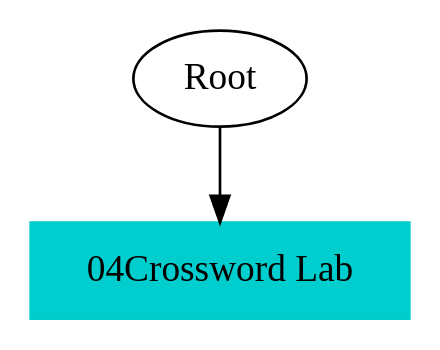
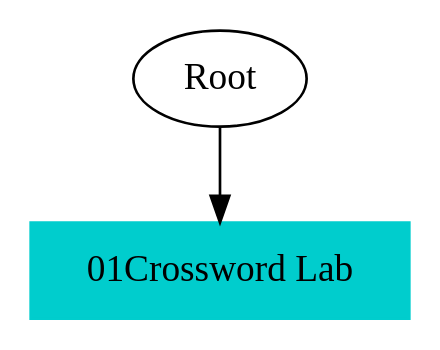
One commit to mypstom/robotide changed the diagram in TS2TS.gv. Above: the diagram before and after it, drawn with Graphviz. The commit also changed 22 other files, not shown here.

Commit message:
D3 RENDER 圖 的 JOSON FILE 輸出!!成功

```diff
--- a/TS2TS.gv
+++ b/TS2TS.gv
@@ -1,6 +1,6 @@
 // TS <-> TS
 digraph {
 	Root
-	"04Crossword Lab" [color=cyan3 shape=box style=filled]
-		Root -> "04Crossword Lab"
+	"01Crossword Lab" [color=cyan3 shape=box style=filled]
+		Root -> "01Crossword Lab"
 }
```
